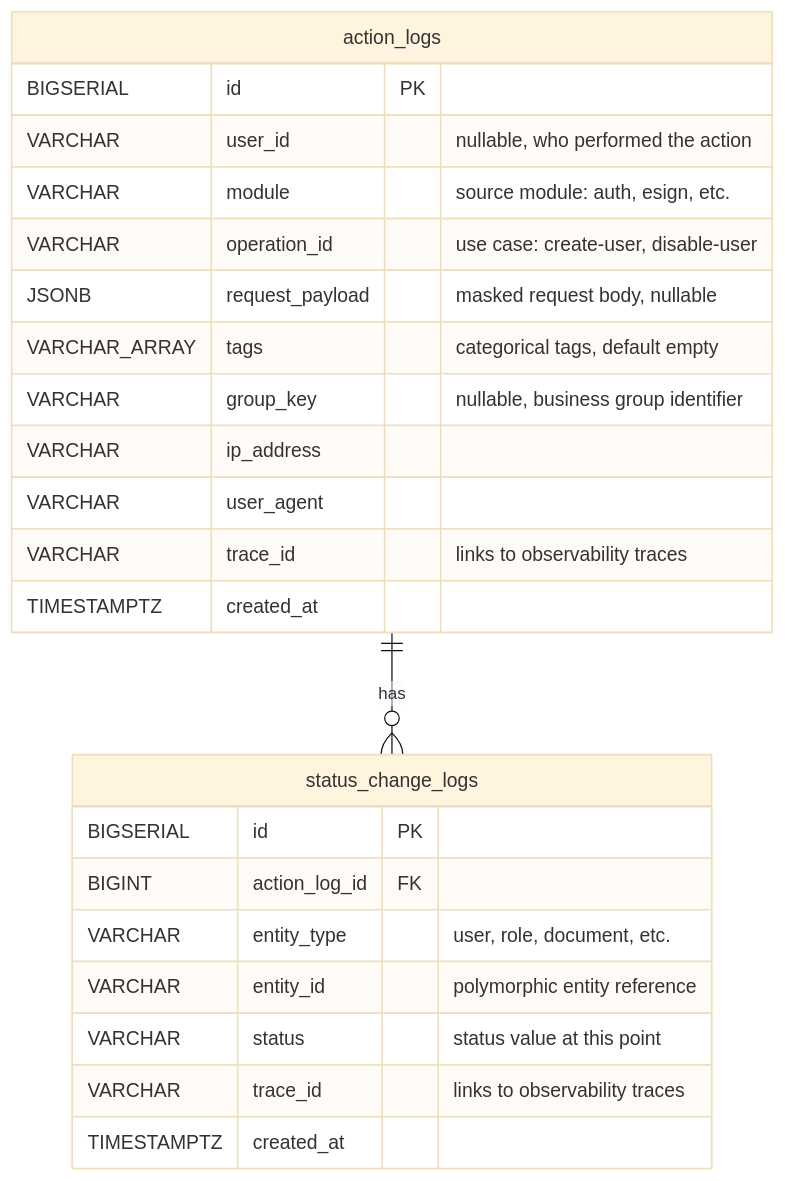
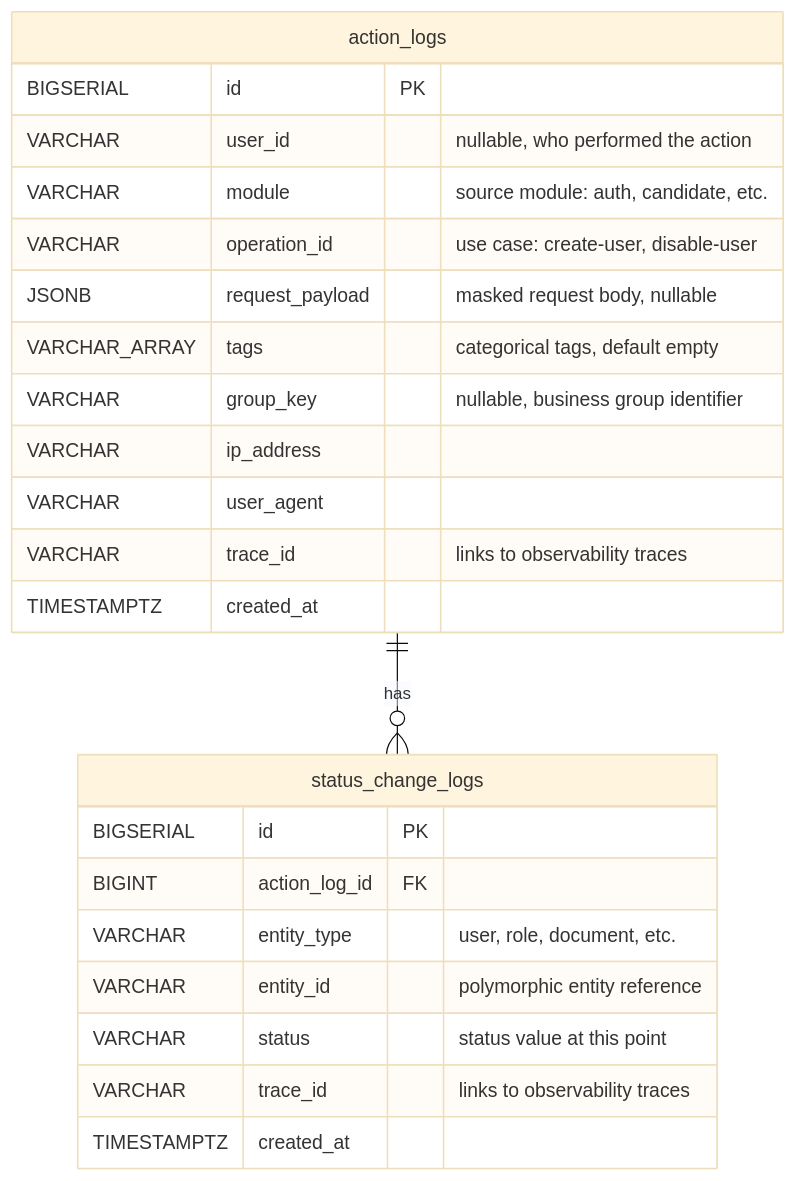
The diagram in docs/specs/modules/audit/ERD.md (Jaxongir1006/ai-interview-prep-api), drawn with Mermaid (base theme) before and after one commit. The commit also changed 53 other files, not shown here.

````diff
--- a/docs/specs/modules/audit/ERD.md
+++ b/docs/specs/modules/audit/ERD.md
@@ -3,28 +3,28 @@
 ```mermaid
 erDiagram
     action_logs ||--o{ status_change_logs : "has"
 
     action_logs {
         BIGSERIAL id PK
         VARCHAR user_id "nullable, who performed the action"
-        VARCHAR module "source module: auth, esign, etc."
+        VARCHAR module "source module: auth, candidate, etc."
         VARCHAR operation_id "use case: create-user, disable-user"
         JSONB request_payload "masked request body, nullable"
         VARCHAR_ARRAY tags "categorical tags, default empty"
         VARCHAR group_key "nullable, business group identifier"
         VARCHAR ip_address
         VARCHAR user_agent
         VARCHAR trace_id "links to observability traces"
         TIMESTAMPTZ created_at
     }
 
     status_change_logs {
         BIGSERIAL id PK
         BIGINT action_log_id FK
         VARCHAR entity_type "user, role, document, etc."
         VARCHAR entity_id "polymorphic entity reference"
         VARCHAR status "status value at this point"
         VARCHAR trace_id "links to observability traces"
         TIMESTAMPTZ created_at
     }
 ```
````
